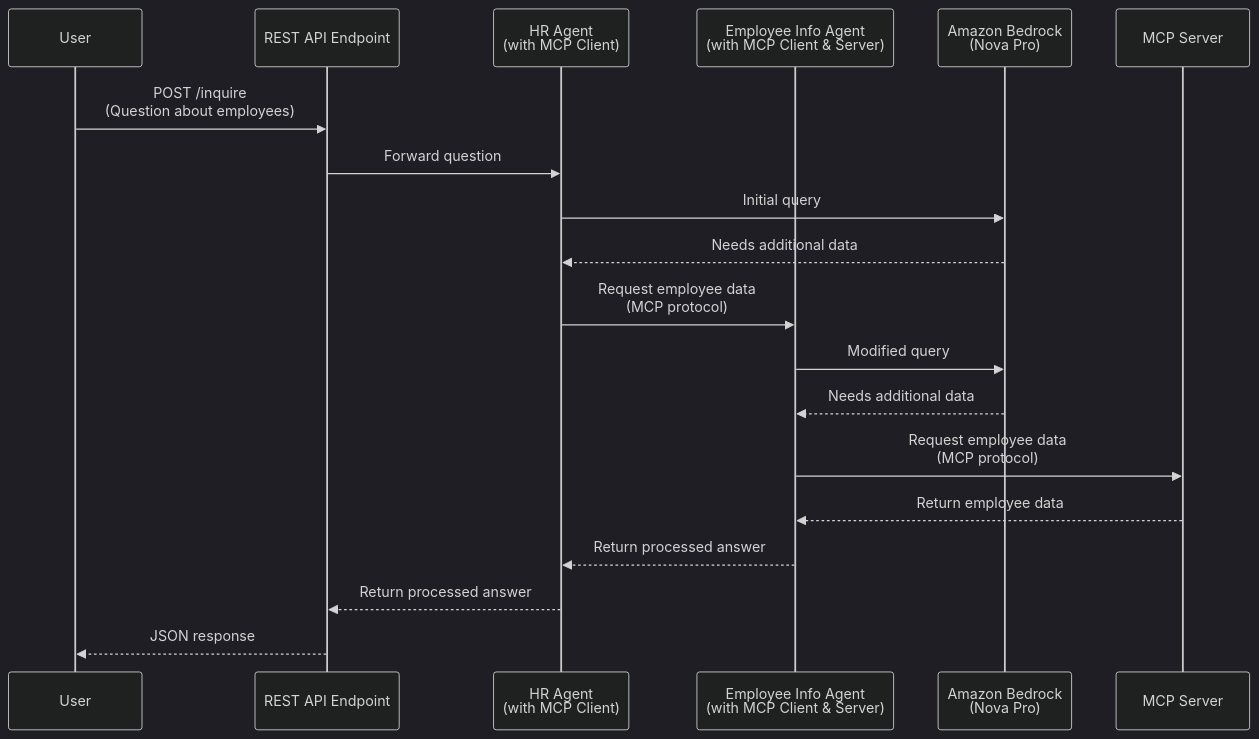
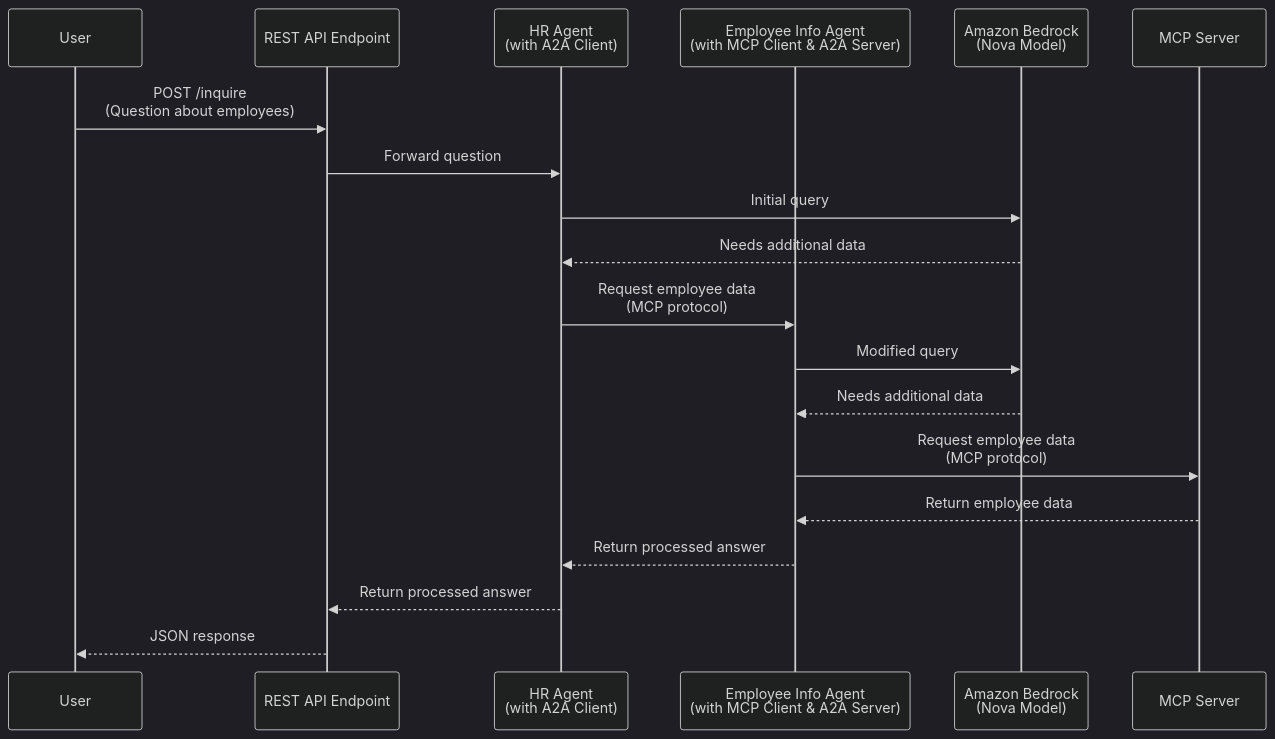
The diagram in modules/strands-a2a-inter-agent/README.md (aws-samples/sample-agentic-ai-demos), drawn with Mermaid (dark theme) before and after one commit. The commit also changed 2 other files, not shown here.

````diff
--- a/modules/strands-a2a-inter-agent/README.md
+++ b/modules/strands-a2a-inter-agent/README.md
@@ -4,25 +4,25 @@
 ```mermaid
 sequenceDiagram
     participant User
     participant REST as REST API Endpoint
-    participant Agent1 as HR Agent<br/>(with MCP Client)
-    participant Agent2 as Employee Info Agent<br/>(with MCP Client & Server)
-    participant Bedrock as Amazon Bedrock<br/>(Nova Pro)
+    participant Agent1 as HR Agent<br/>(with A2A Client)
+    participant Agent2 as Employee Info Agent<br/>(with MCP Client & A2A Server)
+    participant Bedrock as Amazon Bedrock<br/>(Nova Model)
     participant MCP_Server as MCP Server
 
     User->>REST: POST /inquire<br/>(Question about employees)
     REST->>Agent1: Forward question
 
     Agent1->>Bedrock: Initial query
     Bedrock-->>Agent1: Needs additional data
 
     Agent1->>Agent2: Request employee data<br/>(MCP protocol)
     Agent2->>Bedrock: Modified query
     Bedrock-->>Agent2: Needs additional data
     Agent2->>MCP_Server: Request employee data<br/>(MCP protocol)
     MCP_Server-->>Agent2: Return employee data
     Agent2-->>Agent1: Return processed answer
 
     Agent1-->>REST: Return processed answer
     REST-->>User: JSON response
 ```
````
